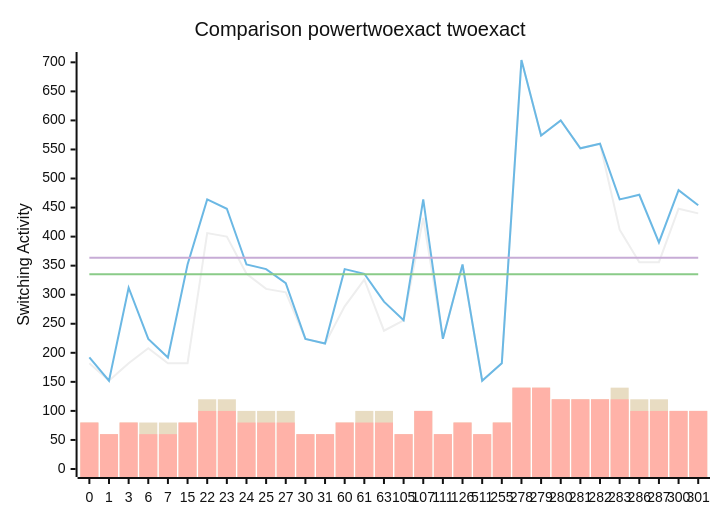
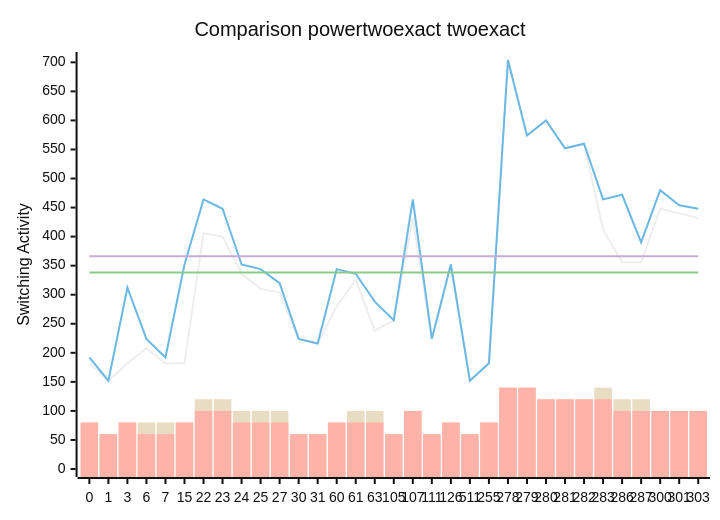
The diagram in benchmark_opt_500.md (FeldmeierMichael/Exact-Power-Synthesis), drawn with Mermaid (neutral theme) before and after one commit. The commit also changed other lines of this file, not shown here.

````diff
--- a/benchmark_opt_500.md
+++ b/benchmark_opt_500.md
@@ -65,12 +67,12 @@
 ```mermaid
 xychart-beta
     title "Comparison powertwoexact twoexact"
-    x-axis [0, 1, 3, 6, 7, 15, 22, 23, 24, 25, 27, 30, 31, 60, 61, 63, 105, 107, 111, 126, 511, 255, 278, 279, 280, 281, 282, 283, 286, 287, 300, 301]
+    x-axis [0, 1, 3, 6, 7, 15, 22, 23, 24, 25, 27, 30, 31, 60, 61, 63, 105, 107, 111, 126, 511, 255, 278, 279, 280, 281, 282, 283, 286, 287, 300, 301, 303]
     y-axis "Switching Activity" 0-->704
-    line [182, 152, 182, 208, 182, 182, 406, 400, 336, 310, 304, 224, 216, 280, 326, 238, 256, 432, 224, 352, 152, 182, 704, 574, 600, 552, 560, 412, 356, 356, 448, 440]
-    line [192, 152, 312, 224, 192, 352, 464, 448, 352, 344, 320, 224, 216, 344, 336, 288, 256, 464, 224, 352, 152, 182, 704, 574, 600, 552, 560, 464, 472, 390, 480, 454]
-    line [335.25, 335.25, 335.25, 335.25, 335.25, 335.25, 335.25, 335.25, 335.25, 335.25, 335.25, 335.25, 335.25, 335.25, 335.25, 335.25, 335.25, 335.25, 335.25, 335.25, 335.25, 335.25, 335.25, 335.25, 335.25, 335.25, 335.25, 335.25, 335.25, 335.25, 335.25, 335.25]
-    line [363.75, 363.75, 363.75, 363.75, 363.75, 363.75, 363.75, 363.75, 363.75, 363.75, 363.75, 363.75, 363.75, 363.75, 363.75, 363.75, 363.75, 363.75, 363.75, 363.75, 363.75, 363.75, 363.75, 363.75, 363.75, 363.75, 363.75, 363.75, 363.75, 363.75, 363.75, 363.75]
-    bar [80, 60, 80, 80, 80, 80, 120, 120, 100, 100, 100, 60, 60, 80, 100, 100, 60, 100, 60, 80, 60, 80, 140, 140, 120, 120, 120, 140, 120, 120, 100, 100]
-    bar [80, 60, 80, 60, 60, 80, 100, 100, 80, 80, 80, 60, 60, 80, 80, 80, 60, 100, 60, 80, 60, 80, 140, 140, 120, 120, 120, 120, 100, 100, 100, 100]
+    line [182, 152, 182, 208, 182, 182, 406, 400, 336, 310, 304, 224, 216, 280, 326, 238, 256, 432, 224, 352, 152, 182, 704, 574, 600, 552, 560, 412, 356, 356, 448, 440, 432]
+    line [192, 152, 312, 224, 192, 352, 464, 448, 352, 344, 320, 224, 216, 344, 336, 288, 256, 464, 224, 352, 152, 182, 704, 574, 600, 552, 560, 464, 472, 390, 480, 454, 448]
+    line [338.1818181818182, 338.1818181818182, 338.1818181818182, 338.1818181818182, 338.1818181818182, 338.1818181818182, 338.1818181818182, 338.1818181818182, 338.1818181818182, 338.1818181818182, 338.1818181818182, 338.1818181818182, 338.1818181818182, 338.1818181818182, 338.1818181818182, 338.1818181818182, 338.1818181818182, 338.1818181818182, 338.1818181818182, 338.1818181818182, 338.1818181818182, 338.1818181818182, 338.1818181818182, 338.1818181818182, 338.1818181818182, 338.1818181818182, 338.1818181818182, 338.1818181818182, 338.1818181818182, 338.1818181818182, 338.1818181818182, 338.1818181818182, 338.1818181818182]
+    line [366.3030303030303, 366.3030303030303, 366.3030303030303, 366.3030303030303, 366.3030303030303, 366.3030303030303, 366.3030303030303, 366.3030303030303, 366.3030303030303, 366.3030303030303, 366.3030303030303, 366.3030303030303, 366.3030303030303, 366.3030303030303, 366.3030303030303, 366.3030303030303, 366.3030303030303, 366.3030303030303, 366.3030303030303, 366.3030303030303, 366.3030303030303, 366.3030303030303, 366.3030303030303, 366.3030303030303, 366.3030303030303, 366.3030303030303, 366.3030303030303, 366.3030303030303, 366.3030303030303, 366.3030303030303, 366.3030303030303, 366.3030303030303, 366.3030303030303]
+    bar [80, 60, 80, 80, 80, 80, 120, 120, 100, 100, 100, 60, 60, 80, 100, 100, 60, 100, 60, 80, 60, 80, 140, 140, 120, 120, 120, 140, 120, 120, 100, 100, 100]
+    bar [80, 60, 80, 60, 60, 80, 100, 100, 80, 80, 80, 60, 60, 80, 80, 80, 60, 100, 60, 80, 60, 80, 140, 140, 120, 120, 120, 120, 100, 100, 100, 100, 100]
 ```
````
